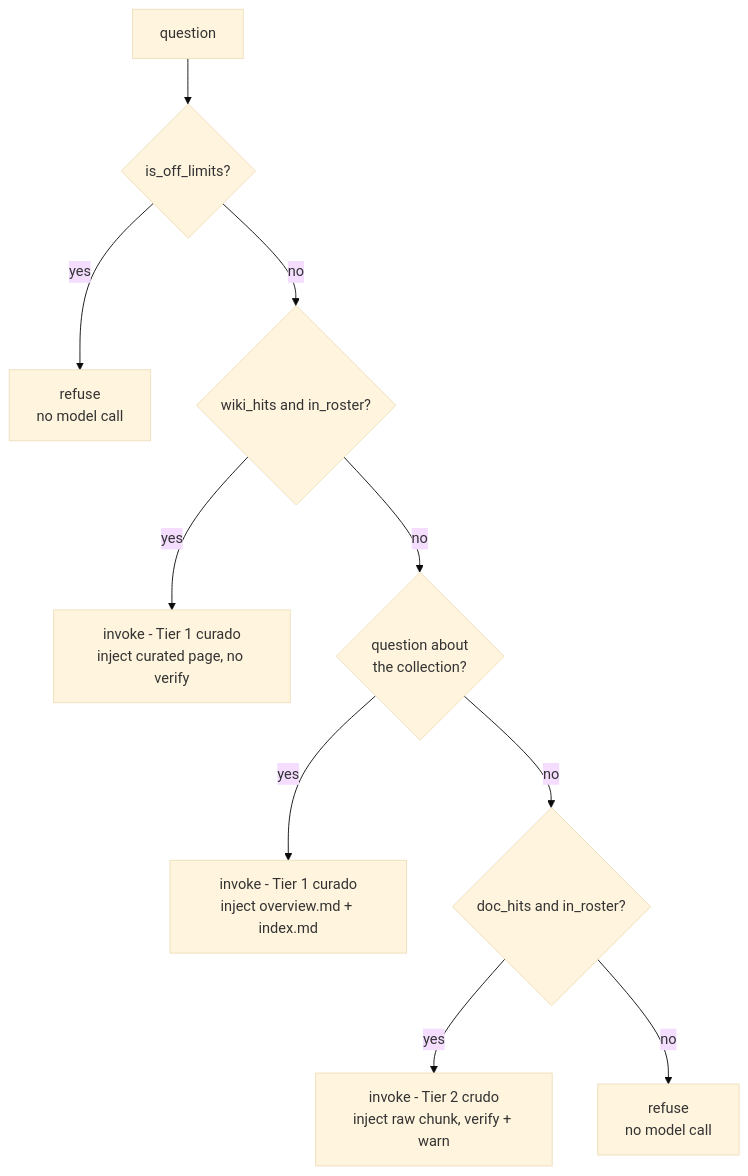
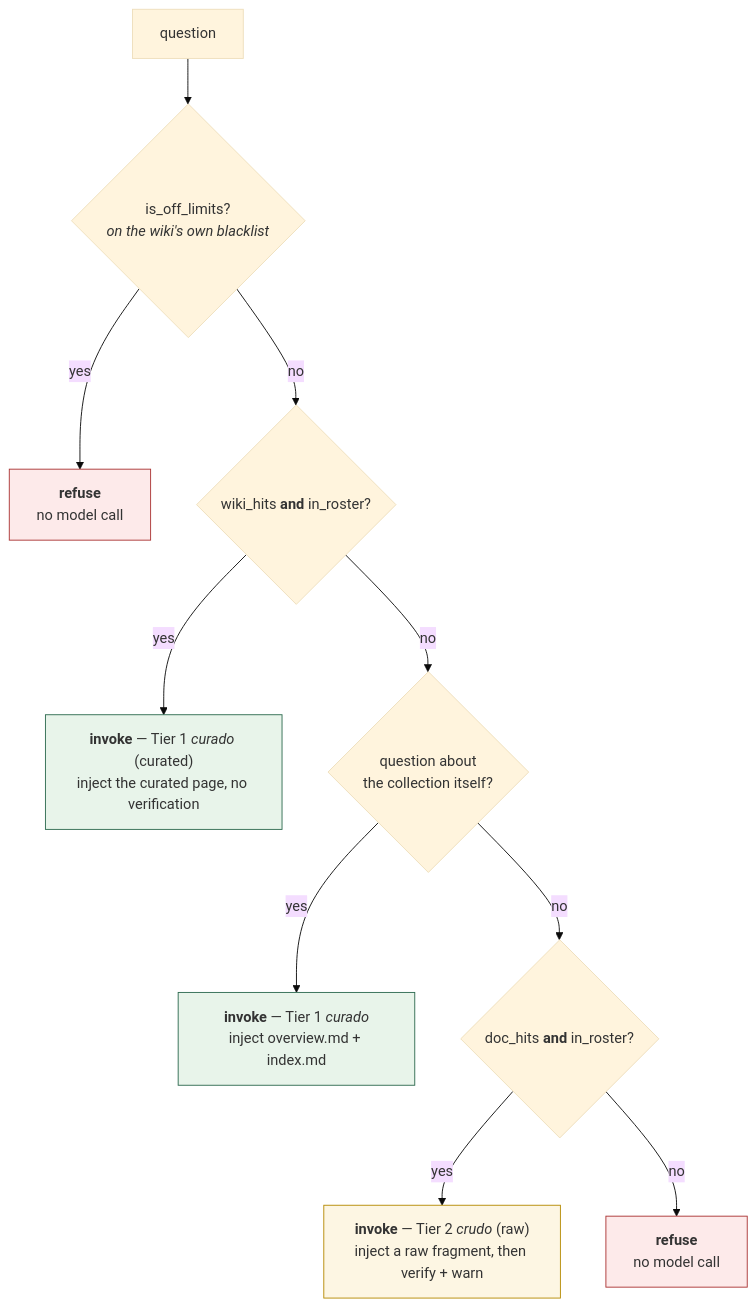
One commit to Clod/llmwiki-marimo changed the second of 4 diagrams in docs/query_walkthrough.md. Above: the diagram before and after it, drawn with Mermaid (base theme). The commit also changed other lines of this file and 5 other files, not shown here.

````diff
--- a/docs/query_walkthrough.md
+++ b/docs/query_walkthrough.md
@@ -237,12 +377,18 @@
 ```mermaid
 flowchart TD
-    Q["question"] --> OFF{"is_off_limits?"}
-    OFF -->|yes| R1["refuse<br/>no model call"]
-    OFF -->|no| T1{"wiki_hits and in_roster?"}
-    T1 -->|yes| TIER1["invoke - Tier 1 curado<br/>inject curated page, no verify"]
-    T1 -->|no| COL{"question about<br/>the collection?"}
-    COL -->|yes| TIERC["invoke - Tier 1 curado<br/>inject overview.md + index.md"]
-    COL -->|no| T2{"doc_hits and in_roster?"}
-    T2 -->|yes| TIER2["invoke - Tier 2 crudo<br/>inject raw chunk, verify + warn"]
-    T2 -->|no| R2["refuse<br/>no model call"]
+    Q["question"] --> OFF{"is_off_limits?<br/><i>on the wiki's own blacklist</i>"}
+    OFF -->|yes| R1["<b>refuse</b><br/>no model call"]
+    OFF -->|no| T1{"wiki_hits <b>and</b> in_roster?"}
+    T1 -->|yes| TIER1["<b>invoke</b> — Tier 1 <i>curado</i> (curated)<br/>inject the curated page, no verification"]
+    T1 -->|no| COL{"question about<br/>the collection itself?"}
+    COL -->|yes| TIERC["<b>invoke</b> — Tier 1 <i>curado</i><br/>inject overview.md + index.md"]
+    COL -->|no| T2{"doc_hits <b>and</b> in_roster?"}
+    T2 -->|yes| TIER2["<b>invoke</b> — Tier 2 <i>crudo</i> (raw)<br/>inject a raw fragment, then verify + warn"]
+    T2 -->|no| R2["<b>refuse</b><br/>no model call"]
+
+    style R1 fill:#fdeaea,stroke:#a33
+    style R2 fill:#fdeaea,stroke:#a33
+    style TIER1 fill:#e8f4ea,stroke:#2d6a4f
+    style TIERC fill:#e8f4ea,stroke:#2d6a4f
+    style TIER2 fill:#fdf6e3,stroke:#b58900
 ```
````
